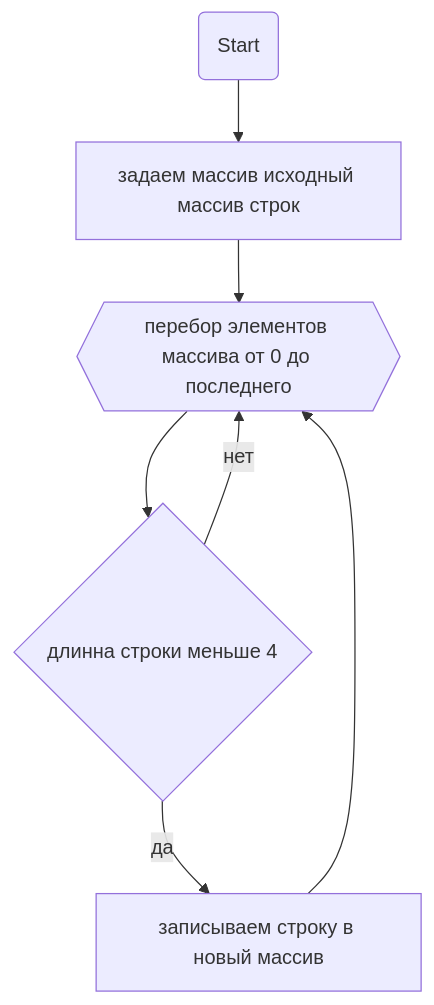
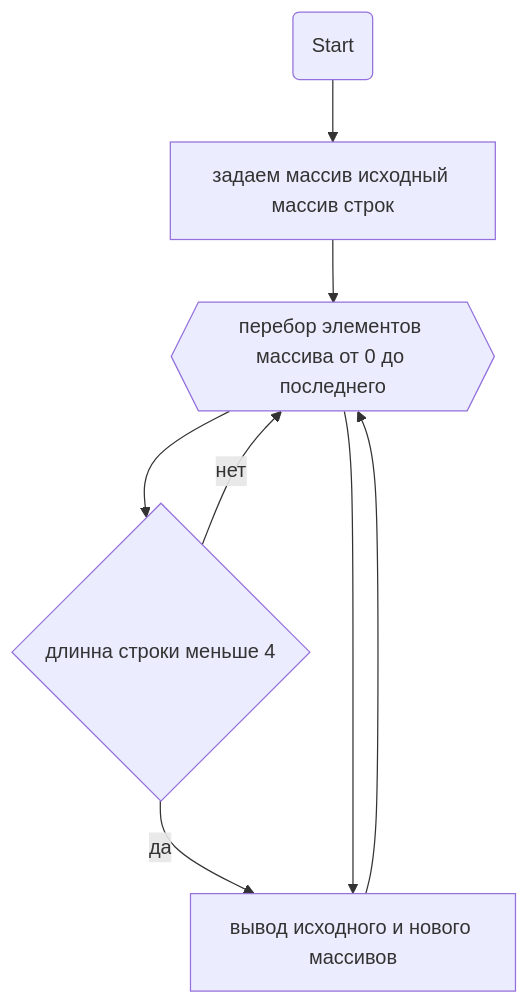
One commit to Adalberto777/FinalTestWork changed the diagram in README.md. Above: the diagram before and after it, drawn with Mermaid.

Commit message:
block diagram

````diff
--- a/README.md
+++ b/README.md
@@ -14,9 +14,10 @@
 ```mermaid
   graph TB;       
     node1(Start)  --> node2[задаем исходный массив строк];
     node2[задаем массив исходный массив строк] --> node3{{перебор элементов массива от 0 до последнего}};
     node3{{перебор элементов массива от 0 до последнего}} --> node4{длинна строки меньше 4};
     node4{длинна строки меньше 4} -- да --> node5[записываем строку в новый массив];
     node5[записываем строку в новый массив] --> node3{{перебор элементов массива от 0 до последнего}};
     node4{длинна строки меньше 4} -- нет --> node3{{перебор элементов массива от 0 до последнего}};
+    node3{{перебор элементов массива от 0 до последнего}} --> node5[вывод исходного и нового массивов];
 ```
````
